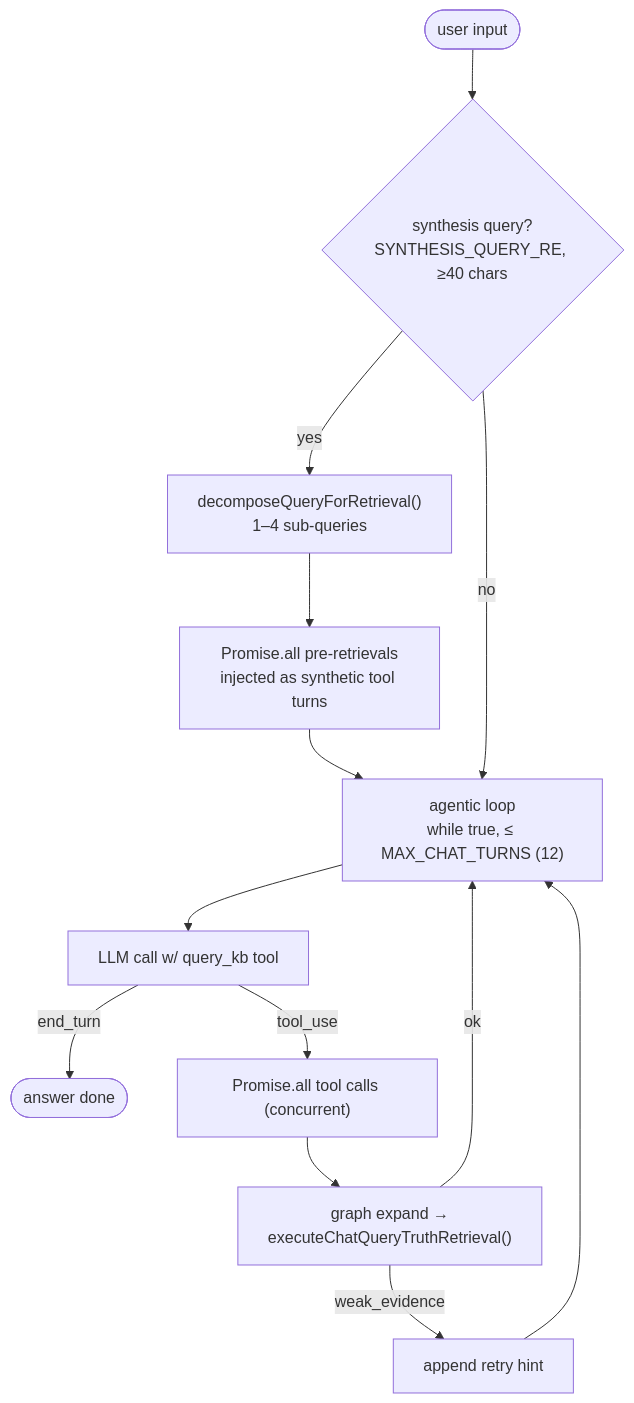
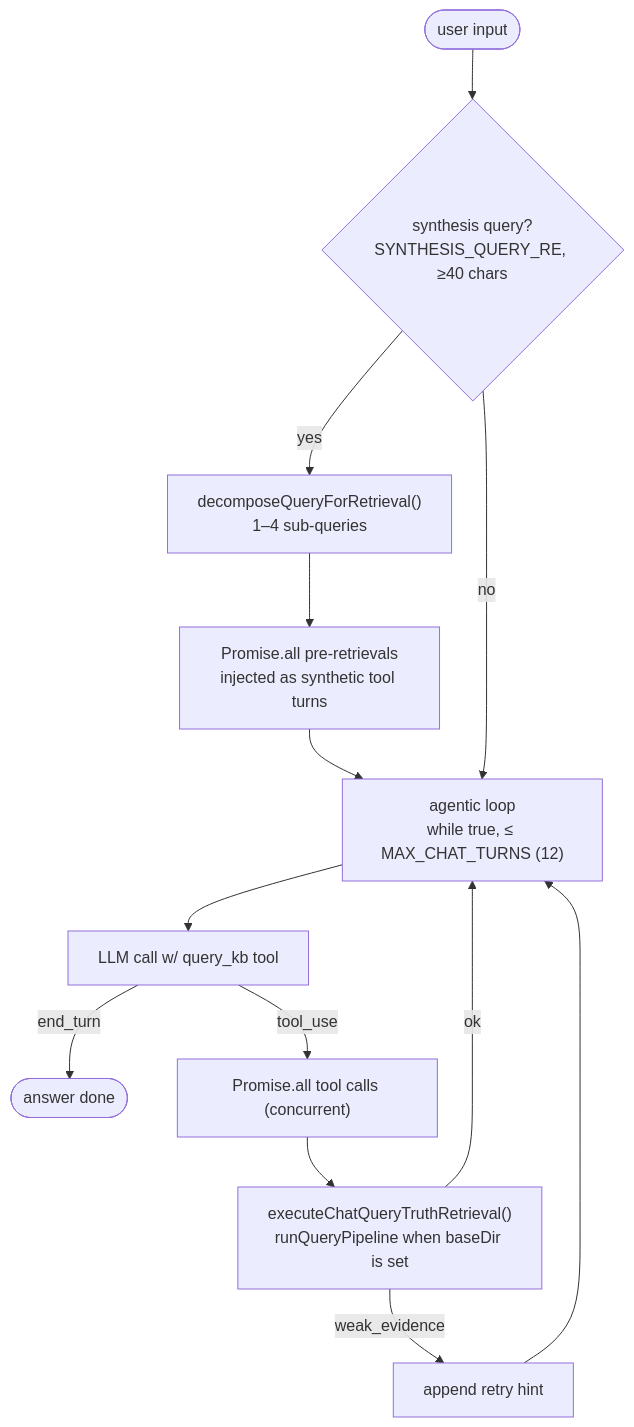
One commit to rosenjcb/kb changed the diagram in packages/kb-core/src/core/CHAT.md. Above: the diagram before and after it, drawn with Mermaid. The commit also changed other lines of this file and 55 other files, not shown here.

First line of the commit message:
Finish remaining #238 routing: shared query/chat scope, landing promotion, drop proven flags. (#244)

````diff
--- a/packages/kb-core/src/core/CHAT.md
+++ b/packages/kb-core/src/core/CHAT.md
@@ -21,14 +21,14 @@
 ```mermaid
 flowchart TD
   U([user input]) --> S{"synthesis query?<br/>SYNTHESIS_QUERY_RE, ≥40 chars"}
   S -- yes --> D["decomposeQueryForRetrieval()<br/>1–4 sub-queries"]
   D --> PR["Promise.all pre-retrievals<br/>injected as synthetic tool turns"]
   PR --> L
   S -- no --> L["agentic loop<br/>while true, ≤ MAX_CHAT_TURNS (12)"]
   L --> LLM["LLM call w/ query_kb tool"]
   LLM -- end_turn --> A([answer done])
   LLM -- tool_use --> T["Promise.all tool calls (concurrent)"]
-  T --> GE["graph expand →<br/>executeChatQueryTruthRetrieval()"]
+  T --> GE["executeChatQueryTruthRetrieval()<br/>runQueryPipeline when baseDir is set"]
   GE -- weak_evidence --> RH["append retry hint"] --> L
   GE -- ok --> L
 ```
````
